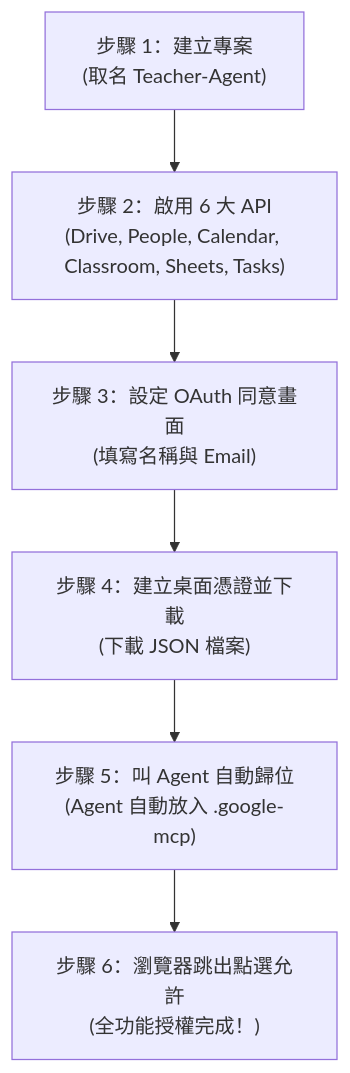
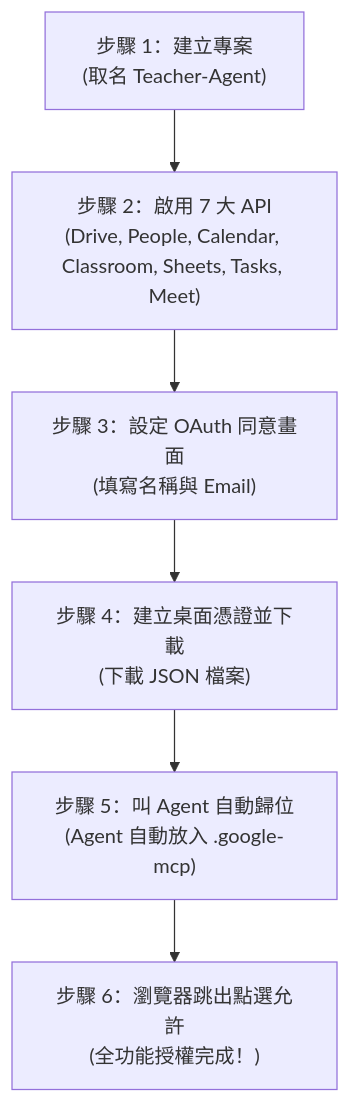
The diagram in 02-universal-mcps/GOOGLE_API_STEP_BY_STEP_GUIDE.md (froglssh/teacher-agent-universal-pack), drawn with Mermaid before and after one commit. The commit also changed other lines of this file and 5 other files, not shown here.

Commit message:
fix: 完善 Google Calendar 視訊會議雙向同步 (conferenceDataVersion: 1) 與 Meet 7 大 API 手冊原始碼

````diff
--- a/02-universal-mcps/GOOGLE_API_STEP_BY_STEP_GUIDE.md
+++ b/02-universal-mcps/GOOGLE_API_STEP_BY_STEP_GUIDE.md
@@ -19,8 +19,8 @@
 ```mermaid
 flowchart TD
-    S1["步驟 1：建立專案<br>(取名 Teacher-Agent)"] --> S2["步驟 2：啟用 6 大 API<br>(Drive, People, Calendar, Classroom, Sheets, Tasks)"]
+    S1["步驟 1：建立專案<br>(取名 Teacher-Agent)"] --> S2["步驟 2：啟用 7 大 API<br>(Drive, People, Calendar, Classroom, Sheets, Tasks, Meet)"]
     S2 --> S3["步驟 3：設定 OAuth 同意畫面<br>(填寫名稱與 Email)"]
     S3 --> S4["步驟 4：建立桌面憑證並下載<br>(下載 JSON 檔案)"]
     S4 --> S5["步驟 5：叫 Agent 自動歸位<br>(Agent 自動放入 .google-mcp)"]
     S5 --> S6["步驟 6：瀏覽器跳出點選允許<br>(全功能授權完成！)"]
 ```
````
